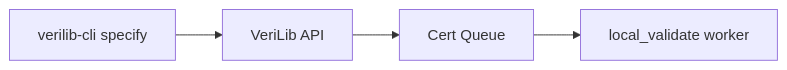
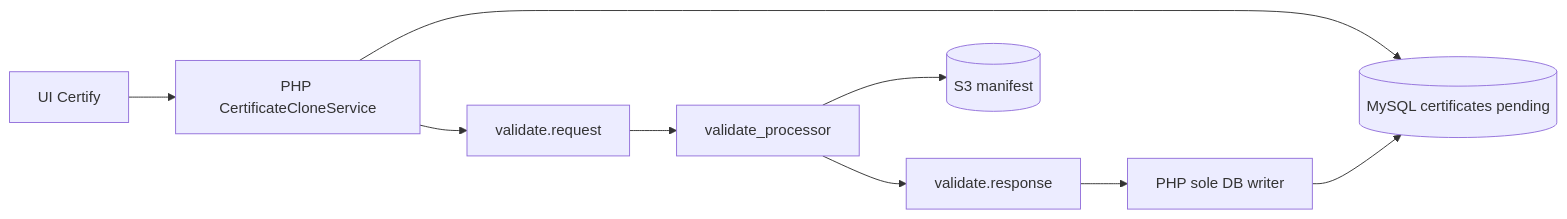
Before and after one commit to avrevic/engineering-docs-demo: the diagram in docs/components/cert/cert-queue.md, drawn with Mermaid. The commit also changed other lines of this file and 8 other files, not shown here.

First line of the commit message:
Document local_validate cert image, workers, and chain flows.

````diff
--- a/docs/components/cert/cert-queue.md
+++ b/docs/components/cert/cert-queue.md
@@ -40,10 +20,15 @@
 ```mermaid
 flowchart LR
-  cli[verilib-cli specify]
-  api[VeriLib API]
-  queue[Cert Queue]
-  worker[local_validate worker]
-  cli --> api
-  api --> queue
-  queue --> worker
+  ui[UI Certify]
+  php[PHP CertificateCloneService]
+  db[(MySQL certificates pending)]
+  mq[validate.request]
+  worker[validate_processor]
+  s3[(S3 manifest)]
+  resp[validate.response]
+  php2[PHP sole DB writer]
+  ui --> php --> db
+  php --> mq --> worker
+  worker --> s3
+  worker --> resp --> php2 --> db
 ```
````
